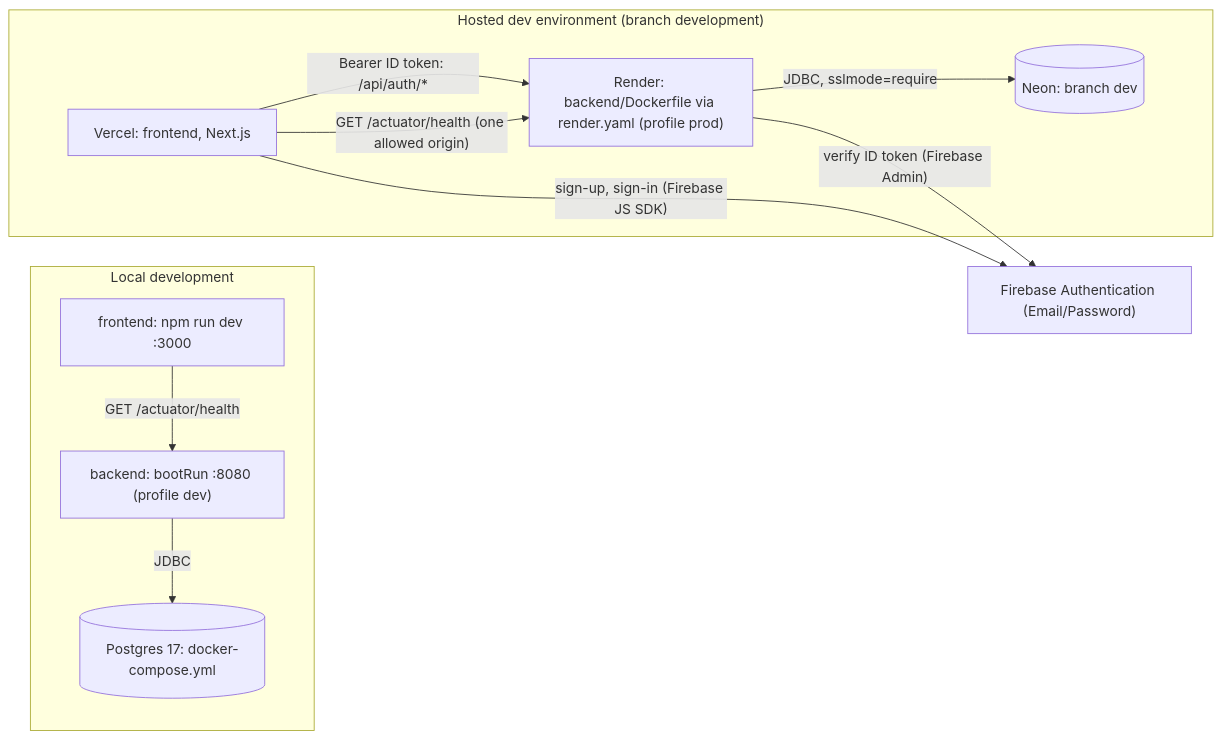
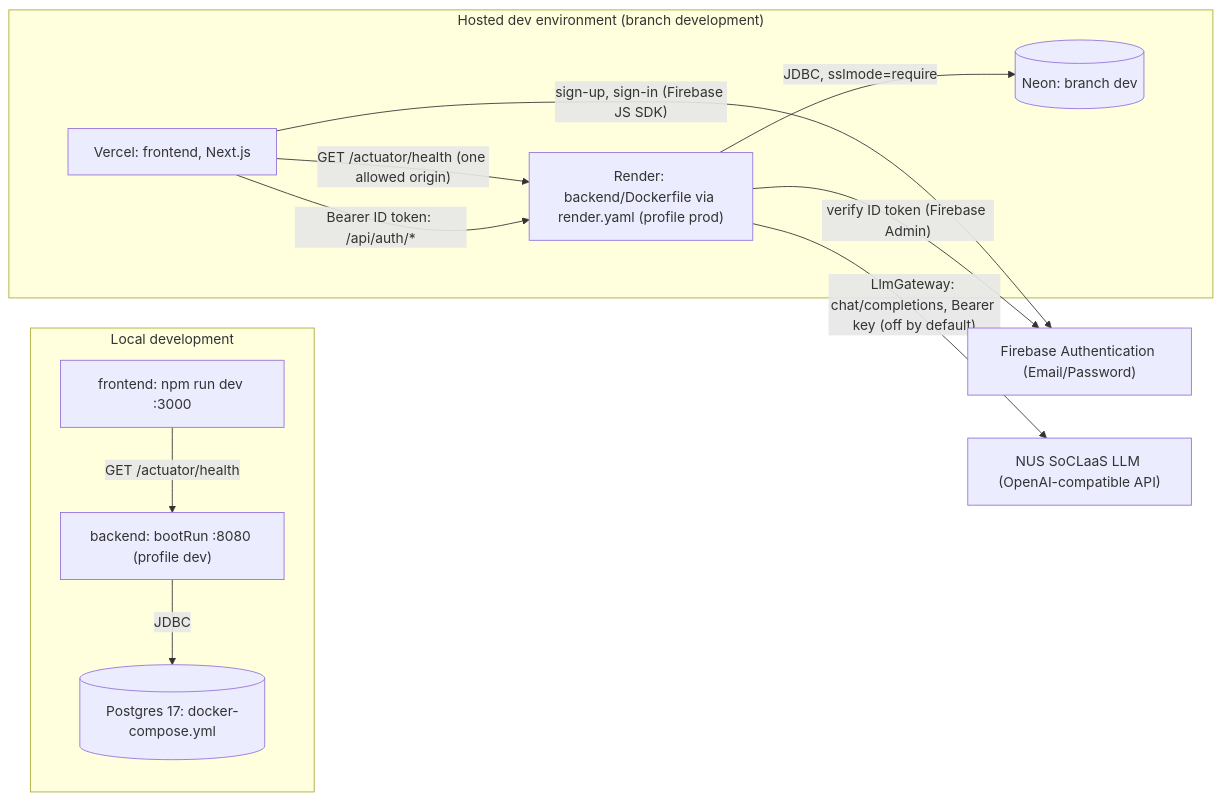
One commit to CS3227-2610-MP3-SnoozeShare/CS3227-2610-MP3 changed the second of 16 diagrams in docs/DeveloperGuide.md. Above: the diagram before and after it, drawn with Mermaid. The commit also changed other lines of this file and 2 other files, not shown here.

First line of the commit message:
docs: developer guide checkpoint for W-AI-GATEWAY

````diff
--- a/docs/DeveloperGuide.md
+++ b/docs/DeveloperGuide.md
@@ -394,21 +407,23 @@
 ```mermaid
 flowchart LR
   subgraph Local["Local development"]
     FE1["frontend: npm run dev :3000"]
     BE1["backend: bootRun :8080 (profile dev)"]
     PG1[("Postgres 17: docker-compose.yml")]
   end
   subgraph Hosted["Hosted dev environment (branch development)"]
     V["Vercel: frontend, Next.js"]
     R["Render: backend/Dockerfile via render.yaml (profile prod)"]
     N[("Neon: branch dev")]
   end
   FB["Firebase Authentication (Email/Password)"]
+  SC["NUS SoCLaaS LLM (OpenAI-compatible API)"]
   FE1 -->|"GET /actuator/health"| BE1
   BE1 -->|"JDBC"| PG1
   V -->|"GET /actuator/health (one allowed origin)"| R
   V -->|"sign-up, sign-in (Firebase JS SDK)"| FB
   V -->|"Bearer ID token: /api/auth/*"| R
   R -->|"verify ID token (Firebase Admin)"| FB
   R -->|"JDBC, sslmode=require"| N
+  R -->|"LlmGateway: chat/completions, Bearer key (off by default)"| SC
 ```
````
